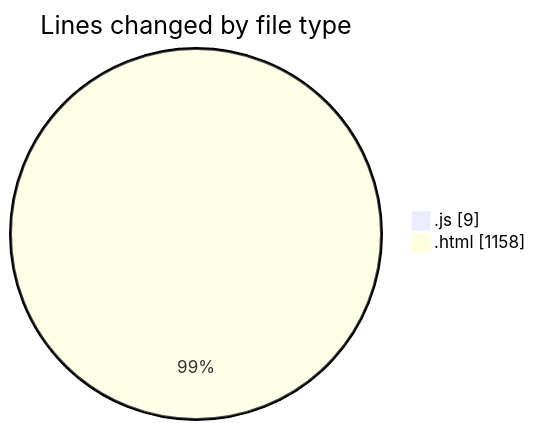
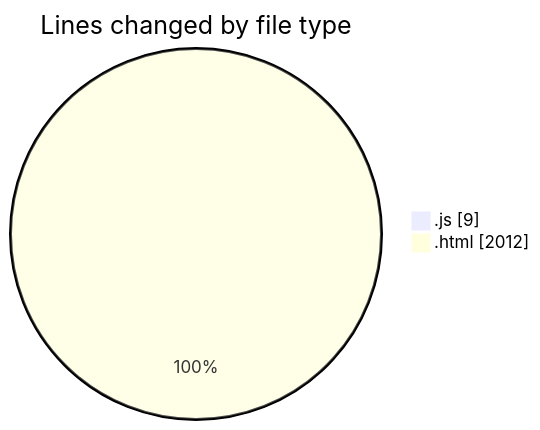
One commit to hasnaa123/code-tracking changed the first of 2 diagrams in 2025-12-15/technologie_web/README.md. Above: the diagram before and after it, drawn with Mermaid. The commit also changed other lines of this file and 1 other file, not shown here.

````diff
--- a/2025-12-15/technologie_web/README.md
+++ b/2025-12-15/technologie_web/README.md
@@ -21,6 +22,6 @@
 ```mermaid
 pie showData
 title Lines changed by file type
 ".js" : 9
-".html" : 1158
+".html" : 2012
 ```
````
